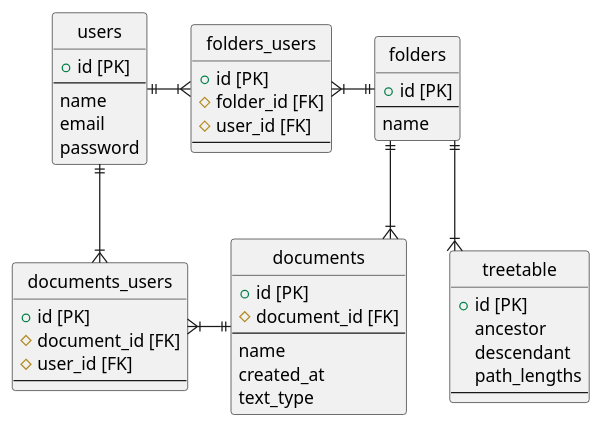
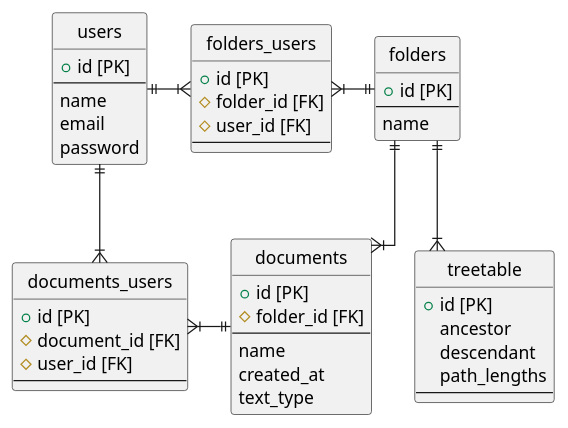
Before and after one commit to karuyutaka/prachallenge: the diagram in DB/modeling/03/task.pu, drawn with PlantUML. The commit also changed 2 other files, not shown here.

Commit message:
folder_id追加

```diff
--- a/DB/modeling/03/task.pu
+++ b/DB/modeling/03/task.pu
@@ -1,60 +1,60 @@
 @startuml
 
 hide circle
 skinparam linetype ortho
 
 entity "users" {
   + id [PK]
   --
   name
   email
   password
 }
 
 
 
 entity "documents" {
   + id [PK]
-  # document_id [FK]
+  # folder_id [FK]
   --
   name
   created_at
   text_type
 }
 
 entity "documents_users" {
   + id [PK]
   # document_id [FK]
   # user_id [FK]
   --
 }
 
 entity "treetable" {
   + id [PK]
   ancestor
   descendant
   path_lengths
   --
 }
 
 entity "folders_users" {
   + id [PK]
   # folder_id [FK]
   # user_id [FK]
   --
 }
 
 entity "folders" {
   + id [PK]
   --
   name
 }
 
 
 folders ||-d-|{ documents
 folders ||-d-|{ treetable
 folders ||-l-|{ folders_users
 documents ||-l-|{ documents_users
 users ||-r-|{ folders_users
 users ||--|{ documents_users
 @enduml
```
